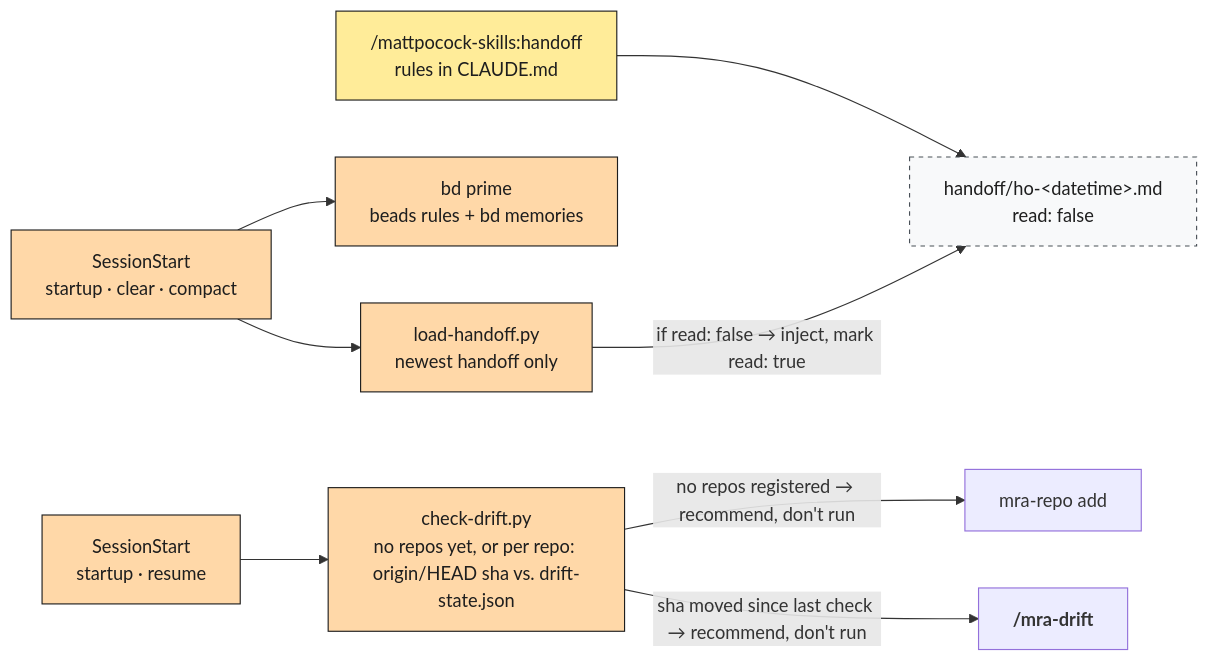
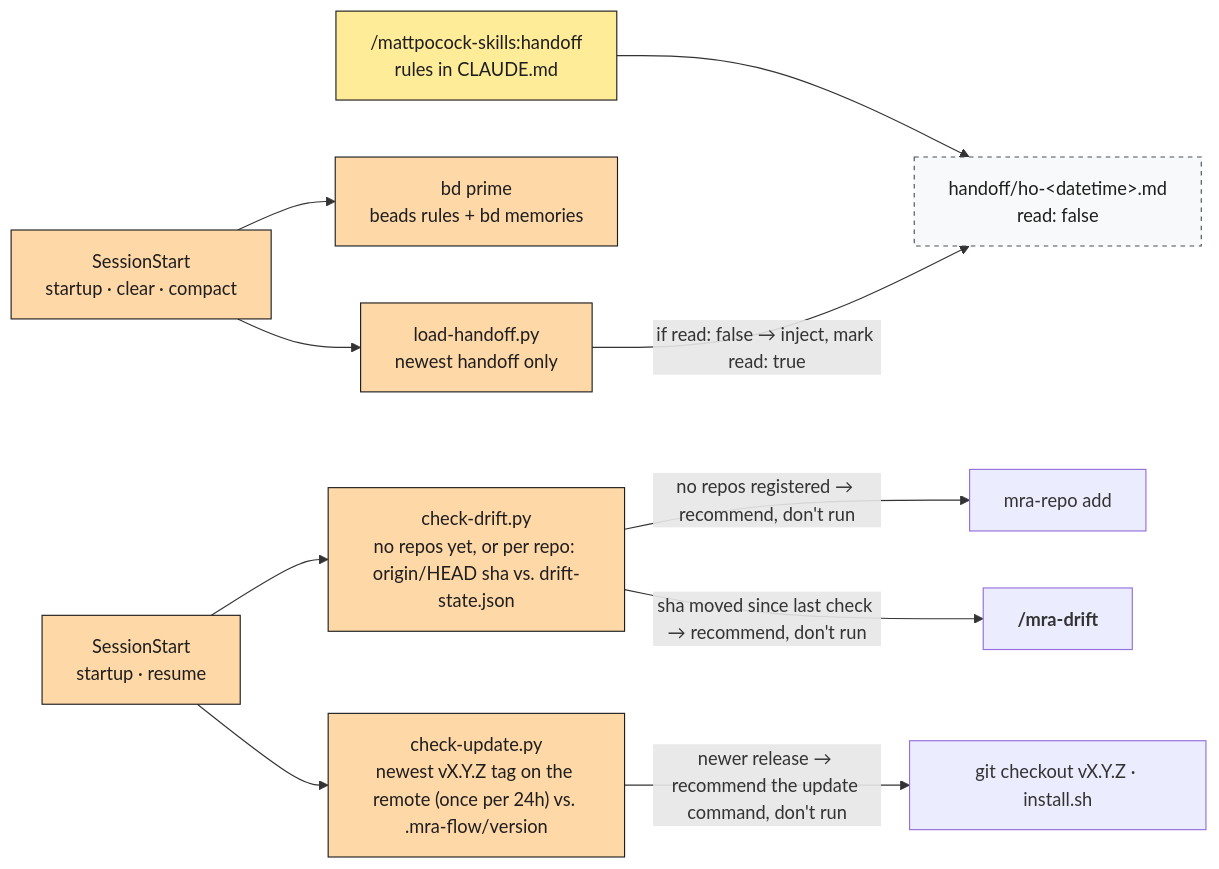
The fifth of 5 diagrams in payload/orchestrator/.mra-flow/docs/mra-flow.md (Ancora-Ancora/mra-flow), drawn with Mermaid before and after one commit. The commit also changed 7 other files, not shown here.

First line of the commit message:
Notify the session when a newer mra-flow release exists

````diff
--- a/payload/orchestrator/.mra-flow/docs/mra-flow.md
+++ b/payload/orchestrator/.mra-flow/docs/mra-flow.md
@@ -235,15 +235,17 @@
 ```mermaid
 %%{init: {"themeCSS": ".t{font-size:1.25em;font-weight:700} .bos,.bsp,.bmp,.bcu{padding:2px 6px} .bos{background:#a5d8ff} .bsp{background:#b2f2bb} .bmp{background:#ffec99} .bcu{background:#d0bfff}"}}%%
 flowchart LR
     classDef mp fill:#ffec99,stroke:#1e1e1e,color:#1e1e1e
     classDef hook fill:#ffd8a8,stroke:#1e1e1e,color:#1e1e1e
     classDef art fill:#f8f9fa,stroke:#495057,stroke-dasharray:4 4,color:#1e1e1e
 
     ho["/mattpocock-skills:handoff<br/>rules in CLAUDE.md"]:::mp --> hf["handoff/ho-#lt;datetime#gt;.md<br/>read: false"]:::art
     ss["SessionStart<br/>startup · clear · compact"]:::hook --> bp["bd prime<br/>beads rules + bd memories"]:::hook
     ss --> lh["load-handoff.py<br/>newest handoff only"]:::hook
     lh -- "if read: false → inject, mark read: true" --> hf
     ss2["SessionStart<br/>startup · resume"]:::hook --> cd["check-drift.py<br/>no repos yet, or per repo: origin/HEAD sha vs. drift-state.json"]:::hook
     cd -- "no repos registered → recommend, don't run" --> mr["mra-repo add"]
     cd -- "sha moved since last check → recommend, don't run" --> dr["<b class='t'>/mra-drift</b>"]
+    ss2 --> cu["check-update.py<br/>newest vX.Y.Z tag on the remote (once per 24h) vs. .mra-flow/version"]:::hook
+    cu -- "newer release → recommend the update command, don't run" --> up["git checkout vX.Y.Z · install.sh"]
 ```
````
